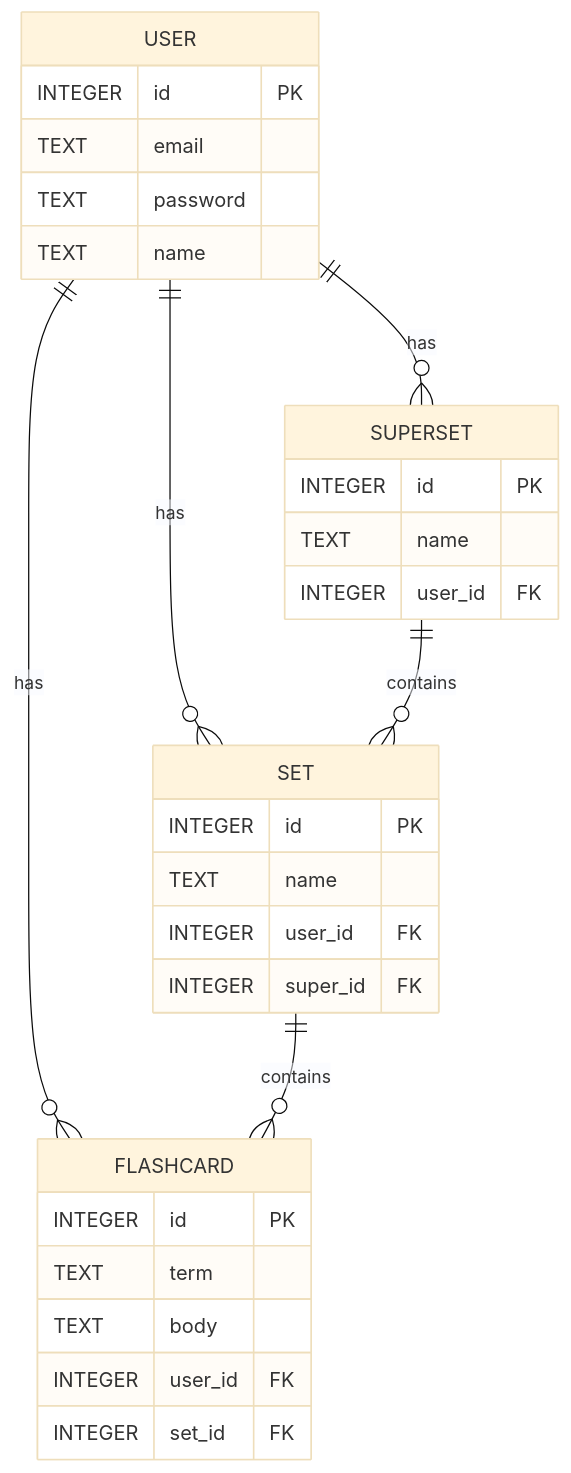
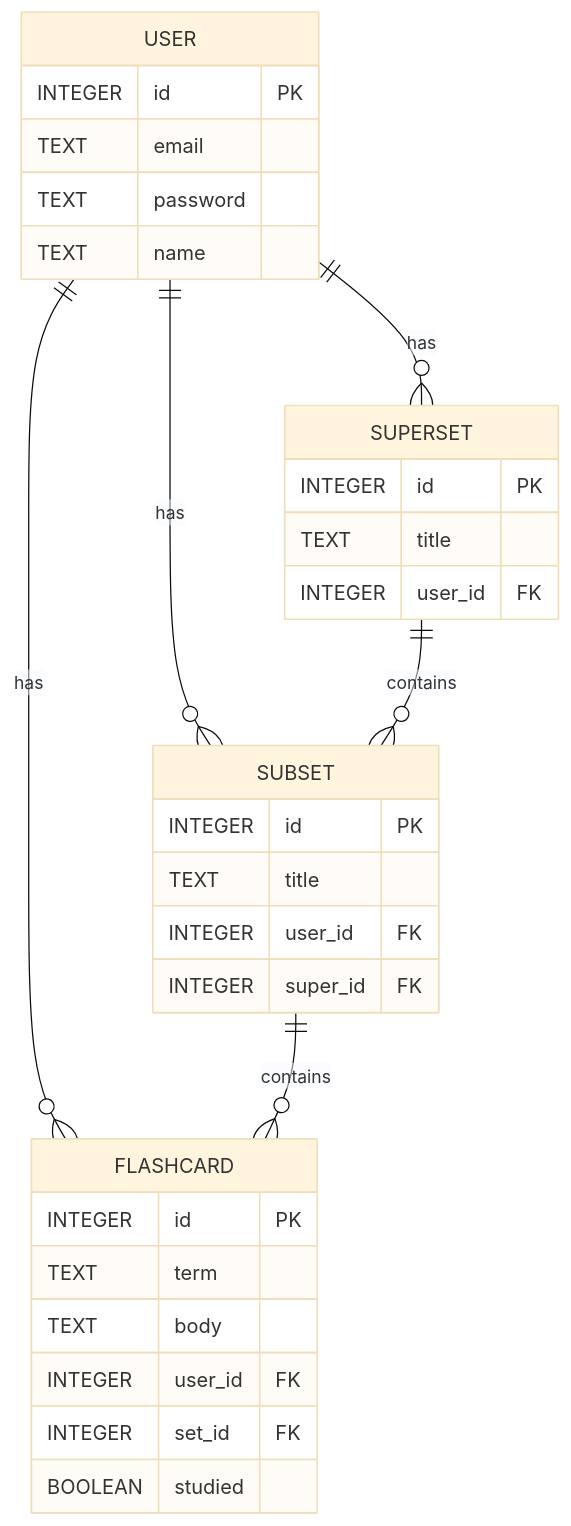
The first of 5 diagrams in README.md (wyliew19/FlashLearn), drawn with Mermaid (base theme) before and after one commit. The commit also changed other lines of this file, not shown here.

Commit message:
updated README UML is accurate and comprehensive; User instructions included

````diff
--- a/README.md
+++ b/README.md
@@ -10,33 +17,34 @@
 ```mermaid
 erDiagram
     USER {
         INTEGER id PK
         TEXT email
         TEXT password
         TEXT name
     }
     SUPERSET {
         INTEGER id PK
-        TEXT name
+        TEXT title
         INTEGER user_id FK
     }
-    SET {
+    SUBSET {
         INTEGER id PK
-        TEXT name
+        TEXT title
         INTEGER user_id FK
         INTEGER super_id FK
     }
     FLASHCARD {
         INTEGER id PK
         TEXT term
         TEXT body
         INTEGER user_id FK
         INTEGER set_id FK
+        BOOLEAN studied
     }
 
     USER ||--o{ SUPERSET : "has"
-    USER ||--o{ SET : "has"
+    USER ||--o{ SUBSET : "has"
     USER ||--o{ FLASHCARD : "has"
-    SUPERSET ||--o{ SET : "contains"
-    SET ||--o{ FLASHCARD : "contains"
+    SUPERSET ||--o{ SUBSET : "contains"
+    SUBSET ||--o{ FLASHCARD : "contains"
 ```
````
